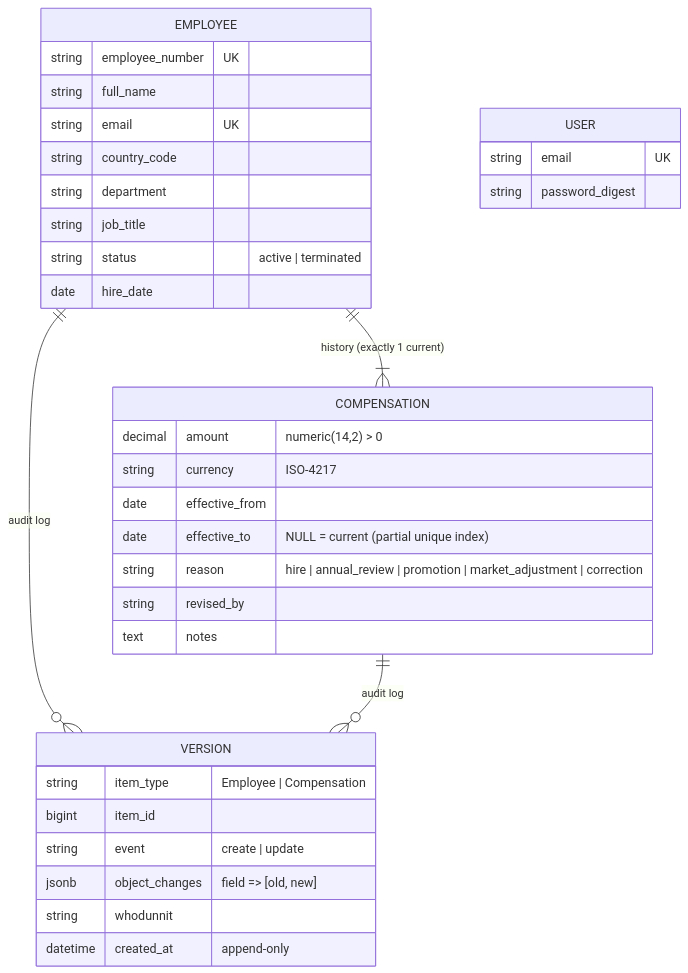
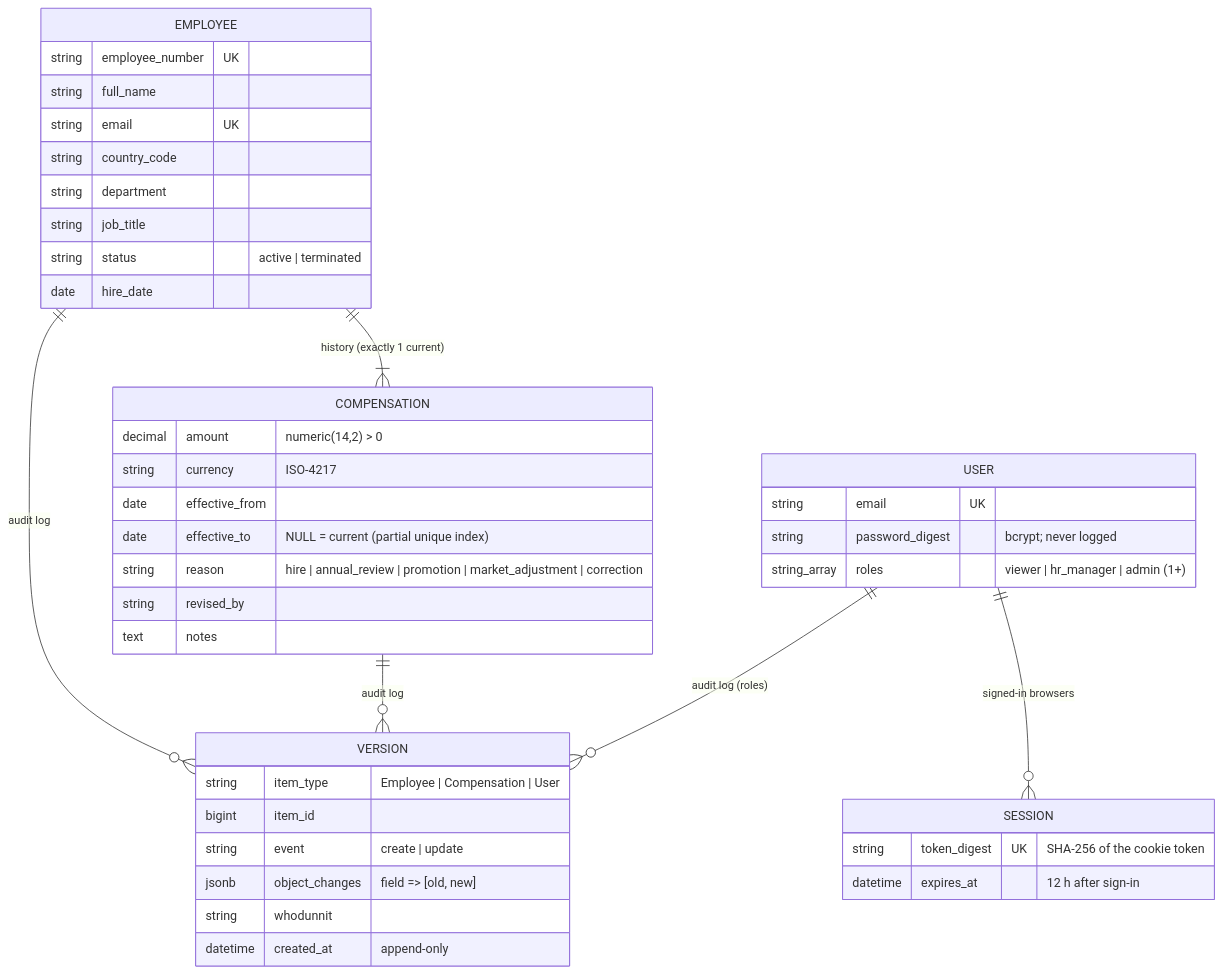
The fifth of 9 diagrams in docs/architecture-diagrams.md (sravan44/salary-dashboard), drawn with Mermaid before and after one commit. The commit also changed other lines of this file and 67 other files, not shown here.

First line of the commit message:
M7: sign-in and roles (viewer, HR manager, admin)

````diff
--- a/docs/architecture-diagrams.md
+++ b/docs/architecture-diagrams.md
@@ -100,37 +101,44 @@
 ```mermaid
 erDiagram
   EMPLOYEE ||--|{ COMPENSATION : "history (exactly 1 current)"
   EMPLOYEE ||--o{ VERSION : "audit log"
   COMPENSATION ||--o{ VERSION : "audit log"
   EMPLOYEE {
     string employee_number UK
     string full_name
     string email UK
     string country_code
     string department
     string job_title
     string status "active | terminated"
     date hire_date
   }
   COMPENSATION {
     decimal amount "numeric(14,2) > 0"
     string currency "ISO-4217"
     date effective_from
     date effective_to "NULL = current (partial unique index)"
     string reason "hire | annual_review | promotion | market_adjustment | correction"
     string revised_by
     text notes
   }
   VERSION {
-    string item_type "Employee | Compensation"
+    string item_type "Employee | Compensation | User"
     bigint item_id
     string event "create | update"
     jsonb object_changes "field => [old, new]"
     string whodunnit
     datetime created_at "append-only"
   }
+  USER ||--o{ SESSION : "signed-in browsers"
+  USER ||--o{ VERSION : "audit log (roles)"
   USER {
     string email UK
-    string password_digest
+    string password_digest "bcrypt; never logged"
+    string_array roles "viewer | hr_manager | admin (1+)"
+  }
+  SESSION {
+    string token_digest UK "SHA-256 of the cookie token"
+    datetime expires_at "12 h after sign-in"
   }
 ```
````
